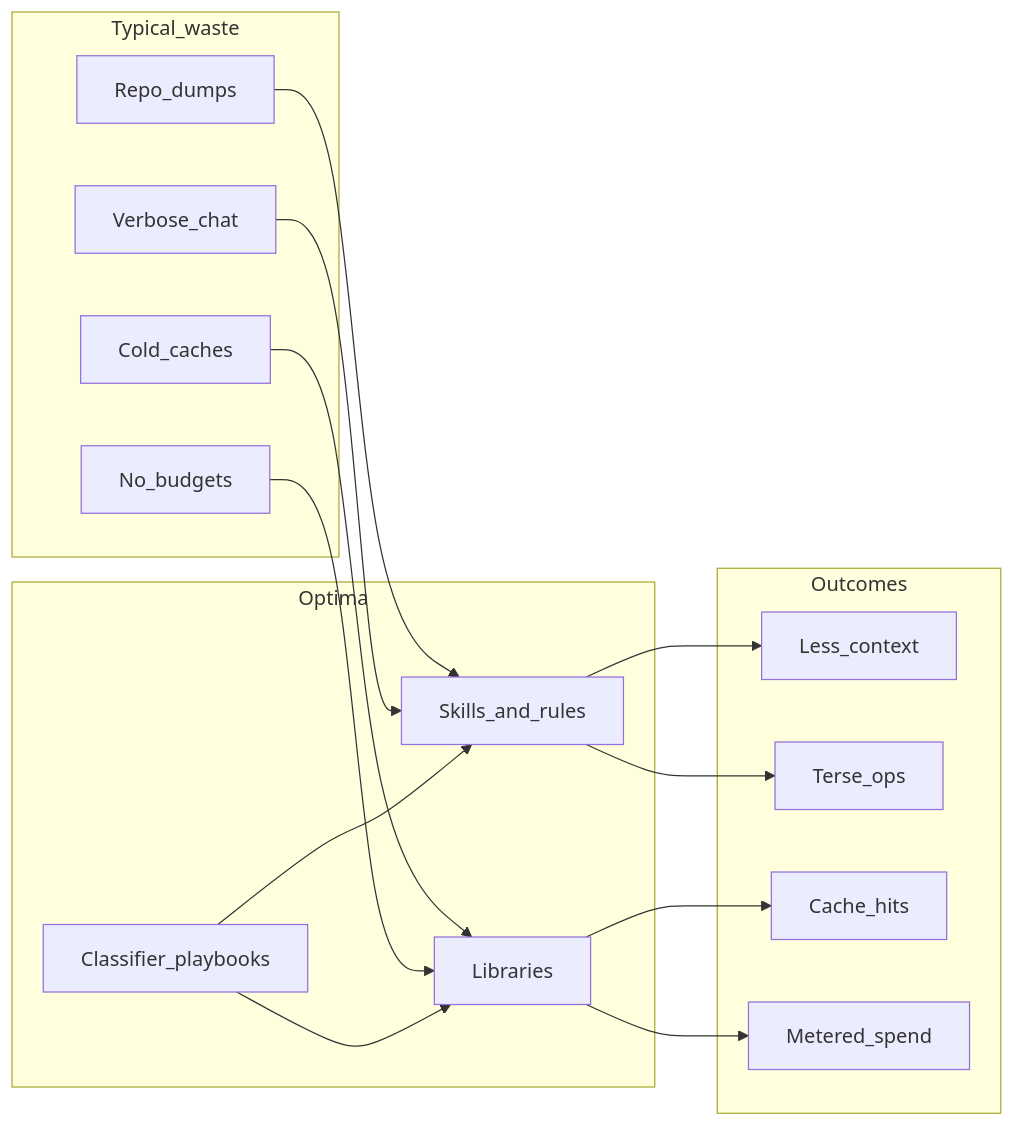
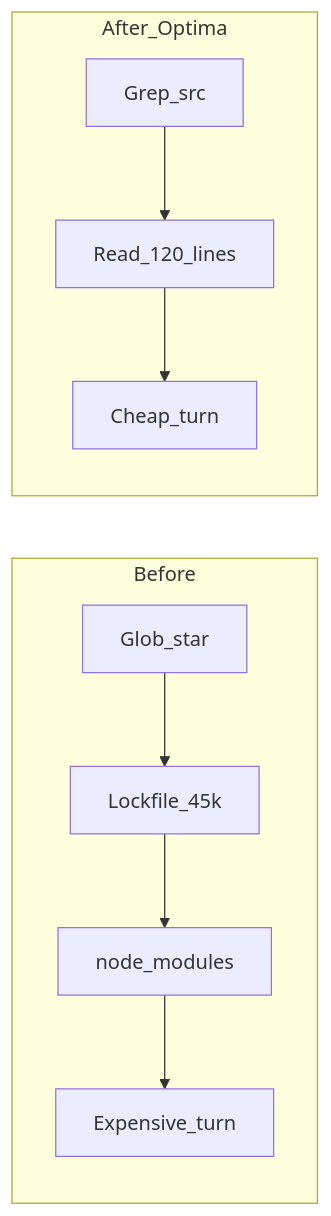
One commit to julienlhk/optima changed the first of 4 diagrams in README.md. Above: the diagram before and after it, drawn with Mermaid. The commit also changed other lines of this file and 1 other file, not shown here.

Commit message:
Lead README with before/after cost examples, prompts, and flows.

````diff
--- a/README.md
+++ b/README.md
@@ -23,33 +47,12 @@
 ```mermaid
 flowchart LR
-  subgraph waste [Typical_waste]
-    A[Repo_dumps]
-    B[Verbose_chat]
-    C[Cold_caches]
-    D[No_budgets]
+  subgraph before [Before]
+    B1[Glob_star] --> B2[Lockfile_45k]
+    B2 --> B3[node_modules]
+    B3 --> B4[Expensive_turn]
   end
-
-  subgraph optima [Optima]
-    S[Skills_and_rules]
-    L[Libraries]
-    C2[Classifier_playbooks]
+  subgraph after [After_Optima]
+    A1[Grep_src] --> A2[Read_120_lines]
+    A2 --> A3[Cheap_turn]
   end
-
-  subgraph gain [Outcomes]
-    E[Less_context]
-    F[Terse_ops]
-    G[Cache_hits]
-    H[Metered_spend]
-  end
-
-  A --> S
-  B --> S
-  C --> L
-  D --> L
-  S --> E
-  S --> F
-  L --> G
-  L --> H
-  C2 --> S
-  C2 --> L
 ```
````
